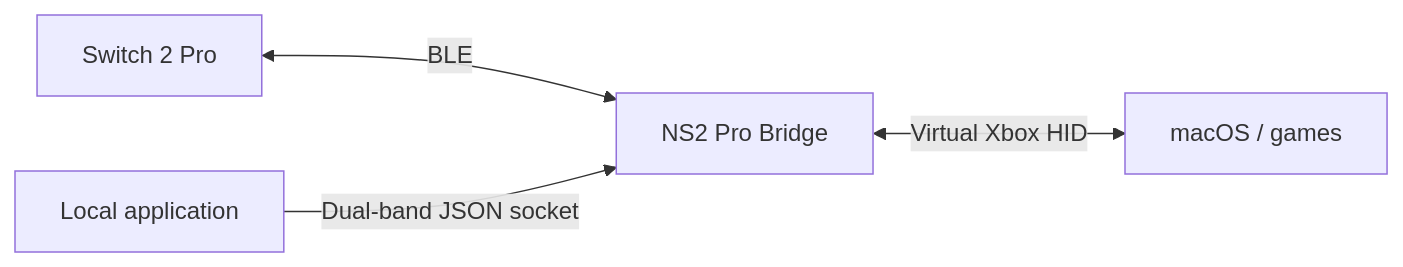
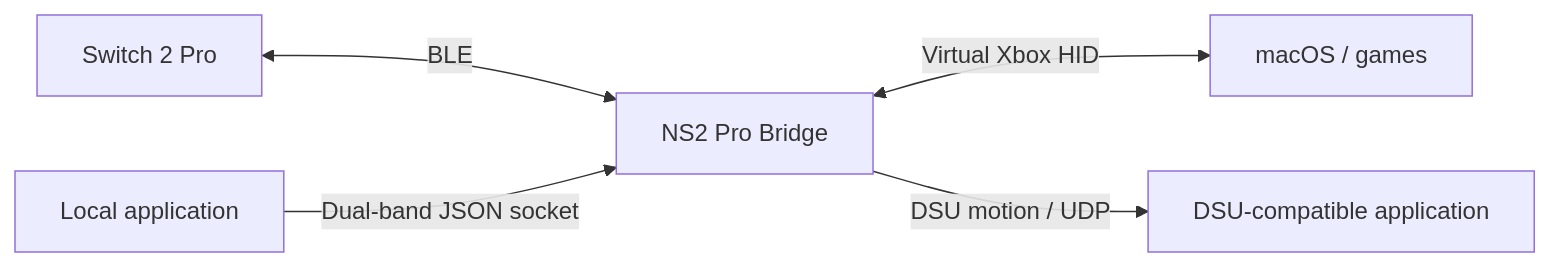
Before and after one commit to DanielZhangyc/ns2pro-bridge: the diagram in README.md, drawn with Mermaid. The commit also changed other lines of this file and 1 other file, not shown here.

````diff
--- a/README.md
+++ b/README.md
@@ -9,6 +11,7 @@
 ```mermaid
 flowchart LR
     Controller[Switch 2 Pro] <-->|BLE| Bridge[NS2 Pro Bridge]
     Bridge <-->|Virtual Xbox HID| Games[macOS / games]
     Client[Local application] -->|Dual-band JSON socket| Bridge
+    Bridge -->|DSU motion / UDP| MotionClient[DSU-compatible application]
 ```
````
